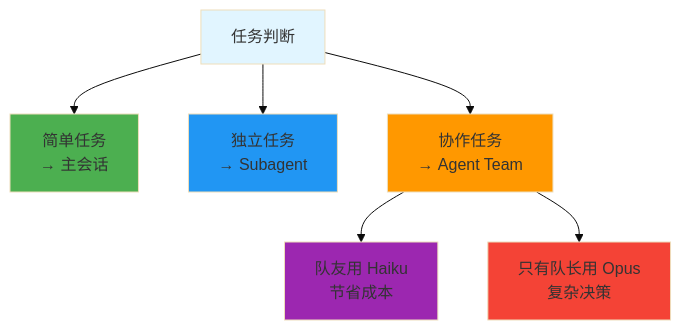
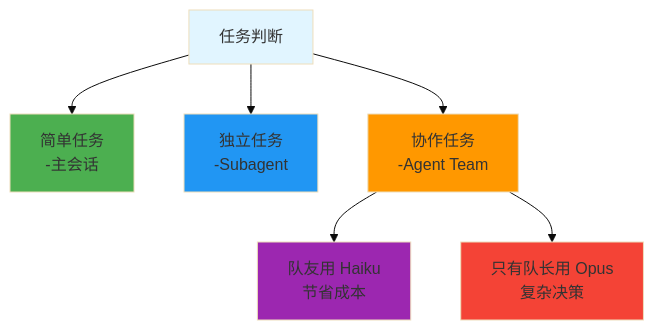
Before and after one commit to Jasper-Wynn/agent-doc: the third of 3 diagrams in demos/team-setup.md, drawn with Mermaid (base theme). The commit also changed 16 other files, not shown here.

First line of the commit message:
fix: repair mermaid diagram rendering issues

````diff
--- a/demos/team-setup.md
+++ b/demos/team-setup.md
@@ -474,16 +474,16 @@
 ```mermaid
 flowchart TD
-    A[任务判断] --> B[简单任务<br/>→ 主会话]
-    A --> C[独立任务<br/>→ Subagent]
-    A --> D[协作任务<br/>→ Agent Team]
+    A[任务判断] --> B[简单任务<br/>-主会话]
+    A --> C[独立任务<br/>-Subagent]
+    A --> D[协作任务<br/>-Agent Team]
 
     D --> E[队友用 Haiku<br/>节省成本]
     D --> F[只有队长用 Opus<br/>复杂决策]
 
     style A fill:#e1f5ff
     style B fill:#4caf50
     style C fill:#2196f3
     style D fill:#ff9800
     style E fill:#9c27b0
     style F fill:#f44336
 ```
````
